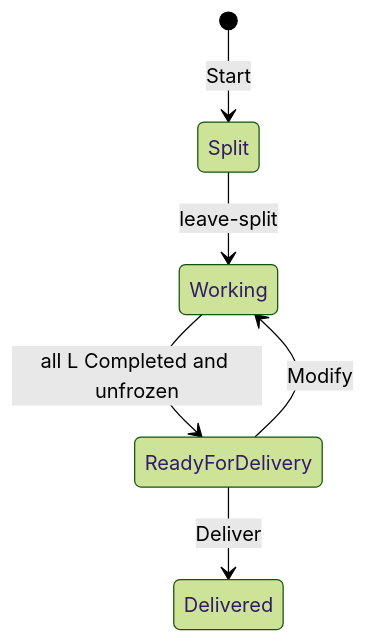
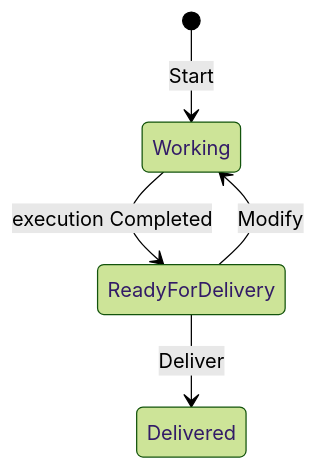
One commit to lulufoo/lulu-workflow changed the diagram in compose/SKILL.md. Above: the diagram before and after it, drawn with Mermaid (forest theme). The commit also changed other lines of this file and 128 other files, not shown here.

````diff
--- a/compose/SKILL.md
+++ b/compose/SKILL.md
@@ -37,8 +38,7 @@
 ```mermaid
 stateDiagram-v2
-  [*] --> Split: Start
-  Split --> Working: leave-split
-  Working --> ReadyForDelivery: all L Completed and unfrozen
+  [*] --> Working: Start
+  Working --> ReadyForDelivery: execution Completed
   ReadyForDelivery --> Working: Modify
   ReadyForDelivery --> Delivered: Deliver
 ```
````
